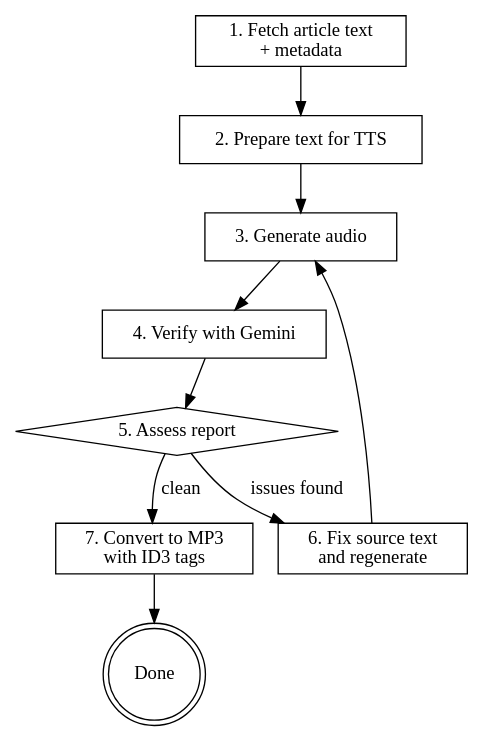
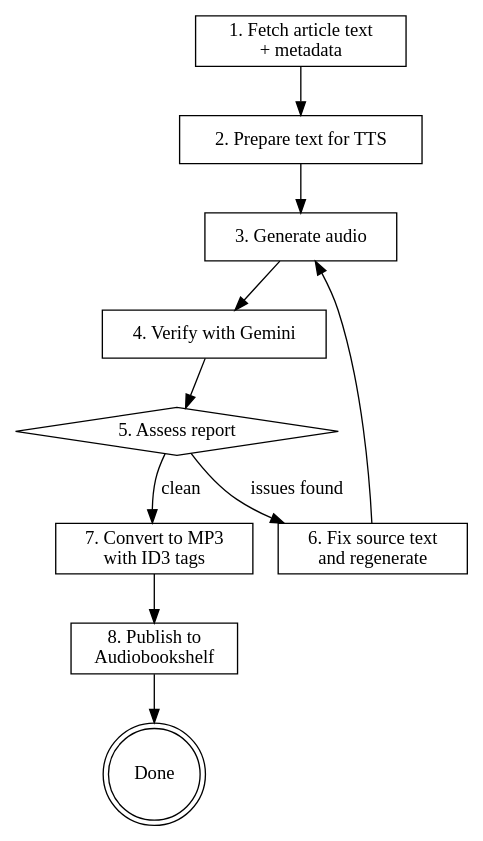
The diagram in .claude/skills/article-tts-recording.md (brianroberg/kokoro-reader), drawn with Graphviz before and after one commit. The commit also changed other lines of this file and 7 other files, not shown here.

````diff
--- a/.claude/skills/article-tts-recording.md
+++ b/.claude/skills/article-tts-recording.md
@@ -29,19 +29,20 @@
 ```dot
 digraph tts_workflow {
     rankdir=TB;
     fetch [label="1. Fetch article text\n+ metadata", shape=box];
     prepare [label="2. Prepare text for TTS", shape=box];
     generate [label="3. Generate audio", shape=box];
     verify [label="4. Verify with Gemini", shape=box];
     assess [label="5. Assess report", shape=diamond];
     fix [label="6. Fix source text\nand regenerate", shape=box];
     convert [label="7. Convert to MP3\nwith ID3 tags", shape=box];
+    publish [label="8. Publish to\nAudiobookshelf", shape=box];
     done [label="Done", shape=doublecircle];
 
     fetch -> prepare -> generate -> verify -> assess;
     assess -> convert [label="clean"];
     assess -> fix [label="issues found"];
     fix -> generate;
-    convert -> done;
+    convert -> publish -> done;
 }
 ```
````
